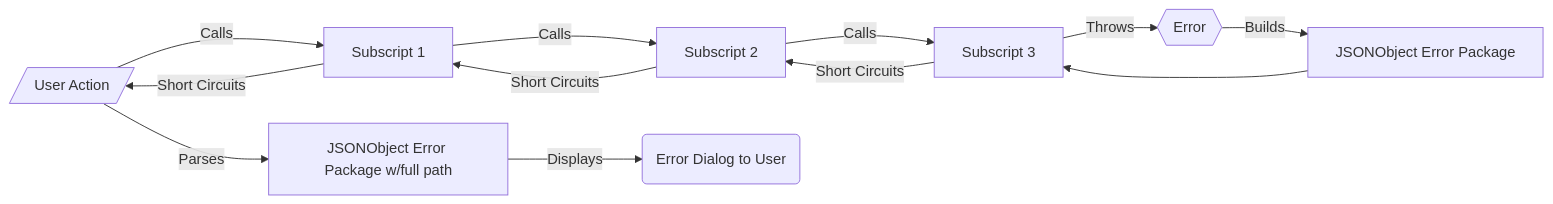
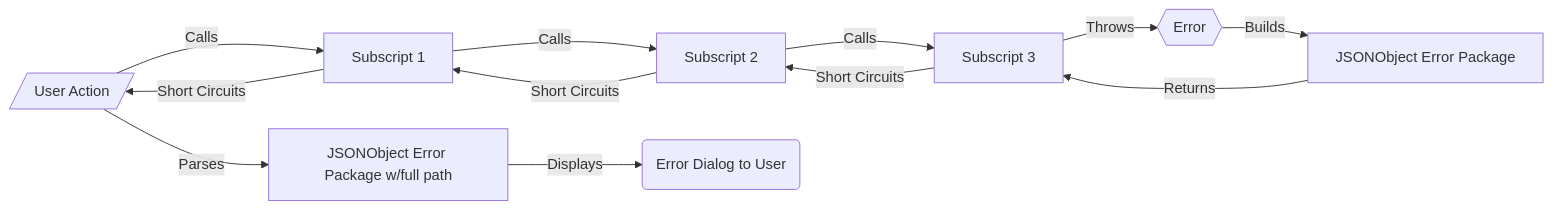
Before and after one commit to CloudChi/FX-Framework: the second of 2 diagrams in TEST.md, drawn with Mermaid.

````diff
--- a/TEST.md
+++ b/TEST.md
@@ -36,14 +36,14 @@
 ```mermaid
 graph LR
     A[/User Action/] -- Calls --> B[Subscript 1] 
     B -- Calls --> C[Subscript 2] 
     C -- Calls --> D[Subscript 3] 
     D -- Throws --> E{{Error}}
     E -- Builds --> F[JSONObject Error Package]
-    F --> D
+    F -- Returns --> D
     D -- Short Circuits --> C
     C -- Short Circuits --> B
     B -- Short Circuits --> A
     A -- Parses --> G[JSONObject Error Package w/full path]
     G -- Displays --> H(Error Dialog to User)    
 ```
````
